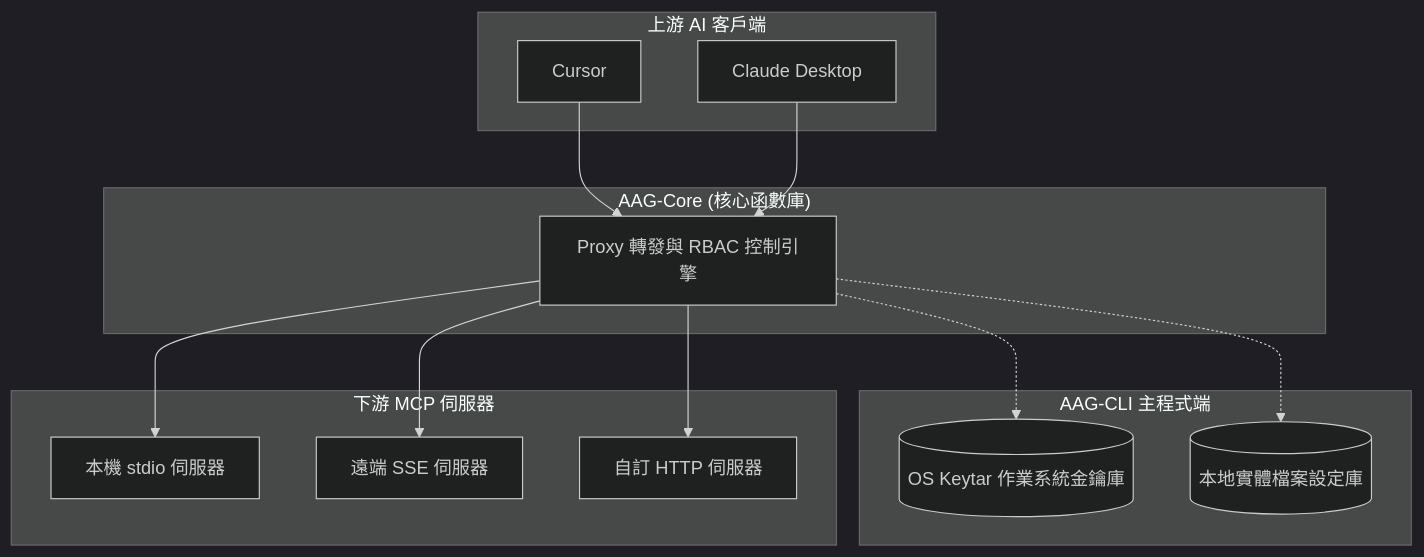
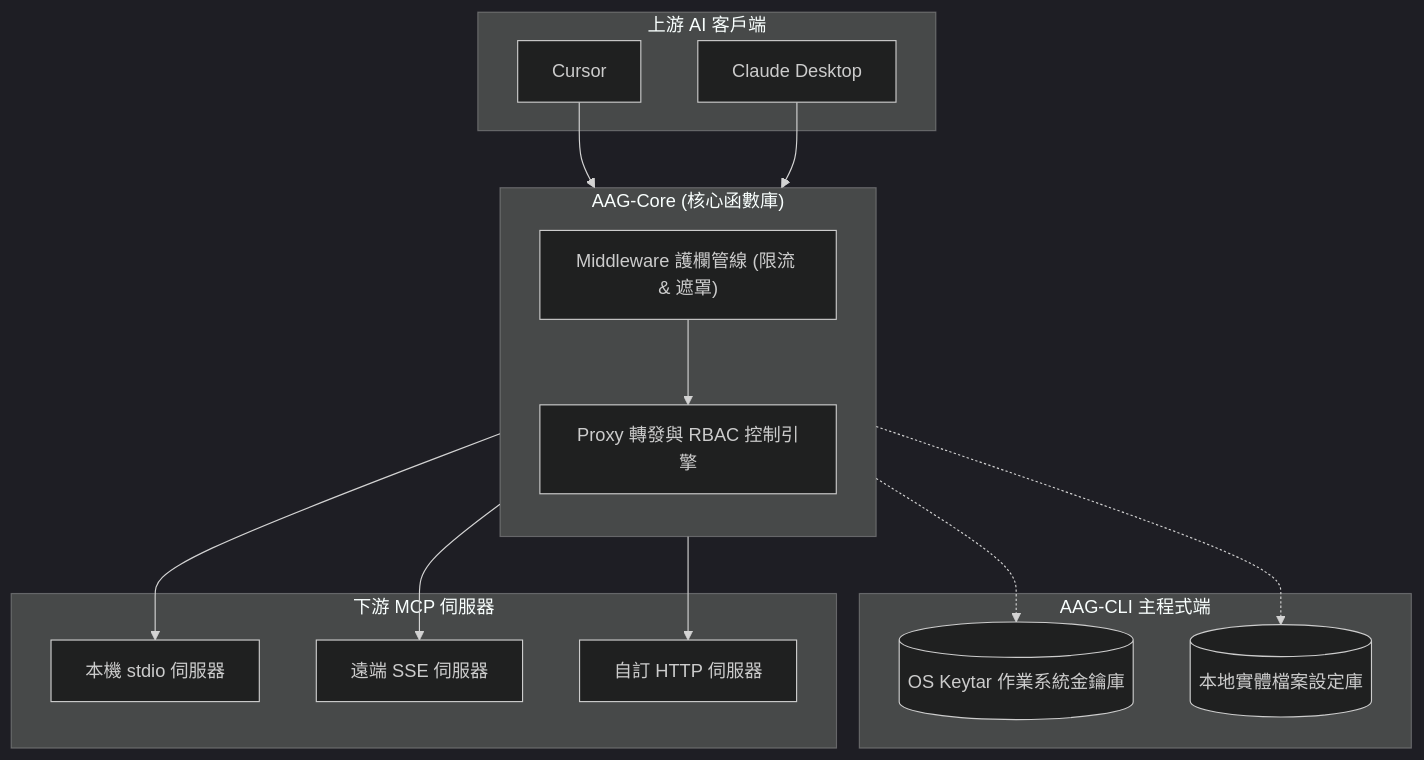
One commit to Cyber-Sec-Space/ai-auth-gateway changed the first of 3 diagrams in ARCHITECTURE_ZH.md. Above: the diagram before and after it, drawn with Mermaid (dark theme). The commit also changed 3 other files, not shown here.

Commit message:
docs: upgrade architecture flowcharts and sample config for v1.0.8

````diff
--- a/ARCHITECTURE_ZH.md
+++ b/ARCHITECTURE_ZH.md
@@ -11,32 +11,35 @@
 ```mermaid
 flowchart TD
     subgraph client ["上游 AI 客戶端"]
         cursor["Cursor"]
         claude["Claude Desktop"]
     end
 
     subgraph cli ["AAG-CLI 主程式端"]
         vault[("OS Keytar 作業系統金鑰庫")]
         config[("本地實體檔案設定庫")]
     end
 
     subgraph gateway ["AAG-Core (核心函數庫)"]
+        direction TB
+        mid["Middleware 護欄管線 (限流 & 遮罩)"]
         proxy["Proxy 轉發與 RBAC 控制引擎"]
     end
 
     subgraph downstream ["下游 MCP 伺服器"]
         local_s["本機 stdio 伺服器"]
         github_s["遠端 SSE 伺服器"]
         remote_s["自訂 HTTP 伺服器"]
     end
 
-    cursor --> proxy
-    claude --> proxy
+    cursor --> mid
+    claude --> mid
+    mid --> proxy
 
     proxy --> local_s
     proxy --> github_s
     proxy --> remote_s
 
     proxy -.-> config
     proxy -.-> vault
 ```
````
